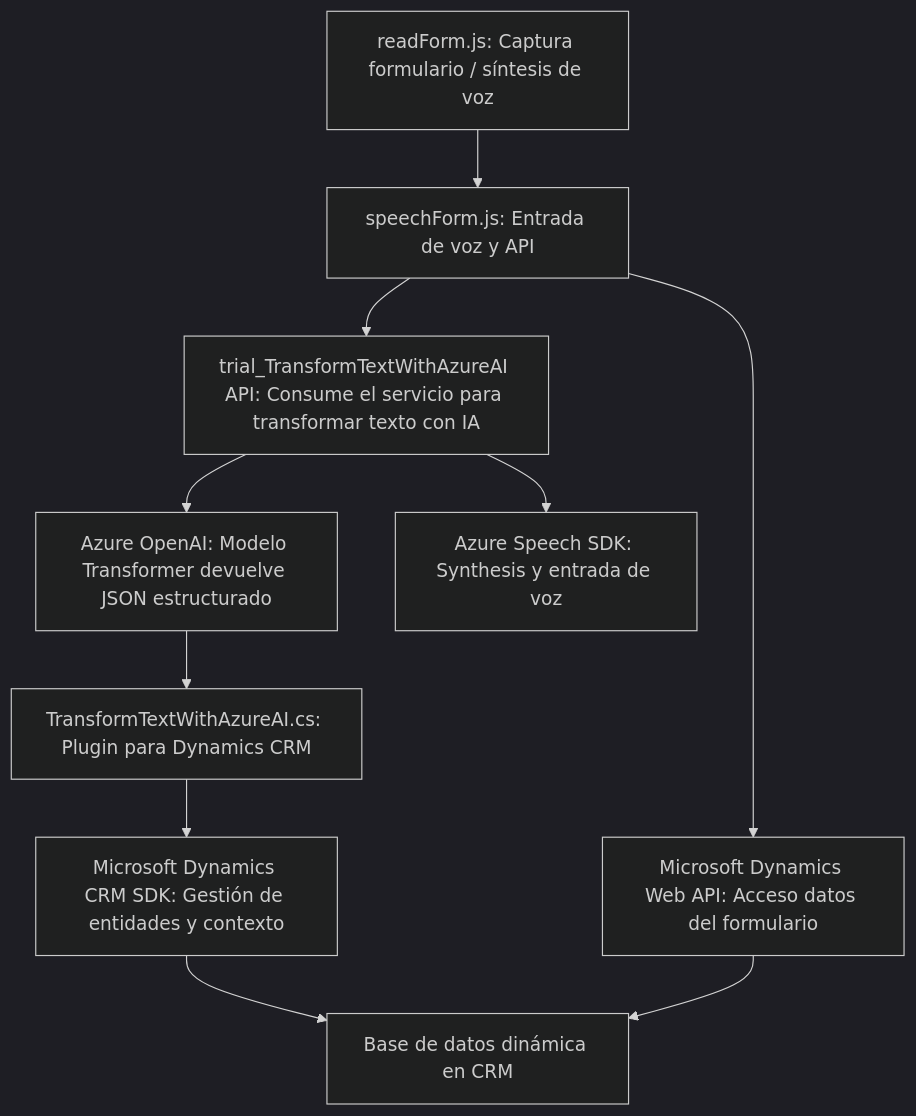
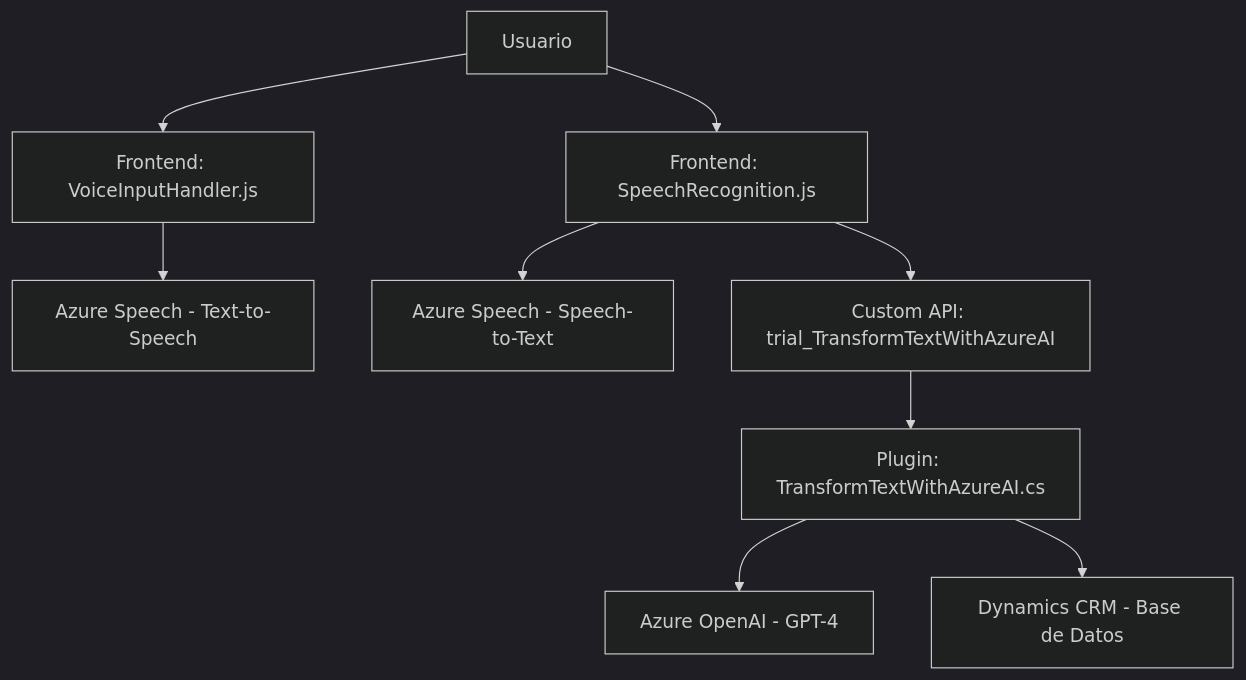
Before and after one commit to blopezdm/NETCORE_BILBAO2025: the diagram in README.md, drawn with Mermaid (dark theme). The commit also changed other lines of this file, not shown here.

Commit message:
Actualizar análisis global de la solución con IA

````diff
--- a/README.md
+++ b/README.md
@@ -69,12 +38,11 @@
 ```mermaid
 graph TD
-    A["readForm.js: Captura formulario / síntesis de voz"] --> B["speechForm.js: Entrada de voz y API"]
-    B --> C["Microsoft Dynamics Web API: Acceso datos del formulario"]
-    B --> D["trial_TransformTextWithAzureAI API: Consume el servicio para transformar texto con IA"]
-    D --> E["Azure OpenAI: Modelo Transformer devuelve JSON estructurado"]
-    D --> F["Azure Speech SDK: Synthesis y entrada de voz"]
-    E --> G["TransformTextWithAzureAI.cs: Plugin para Dynamics CRM"]
-    G --> H["Microsoft Dynamics CRM SDK: Gestión de entidades y contexto"]
-    H --> I["Base de datos dinámica en CRM"]
-    C --> I
+    A["Usuario"] --> B["Frontend: VoiceInputHandler.js"]
+    A --> C["Frontend: SpeechRecognition.js"]
+    B --> D["Azure Speech - Text-to-Speech"]
+    C --> E["Azure Speech - Speech-to-Text"]
+    C --> F["Custom API: trial_TransformTextWithAzureAI"]
+    F --> G["Plugin: TransformTextWithAzureAI.cs"]
+    G --> H["Azure OpenAI - GPT-4"]
+    G --> I["Dynamics CRM - Base de Datos"]
 ```
````
